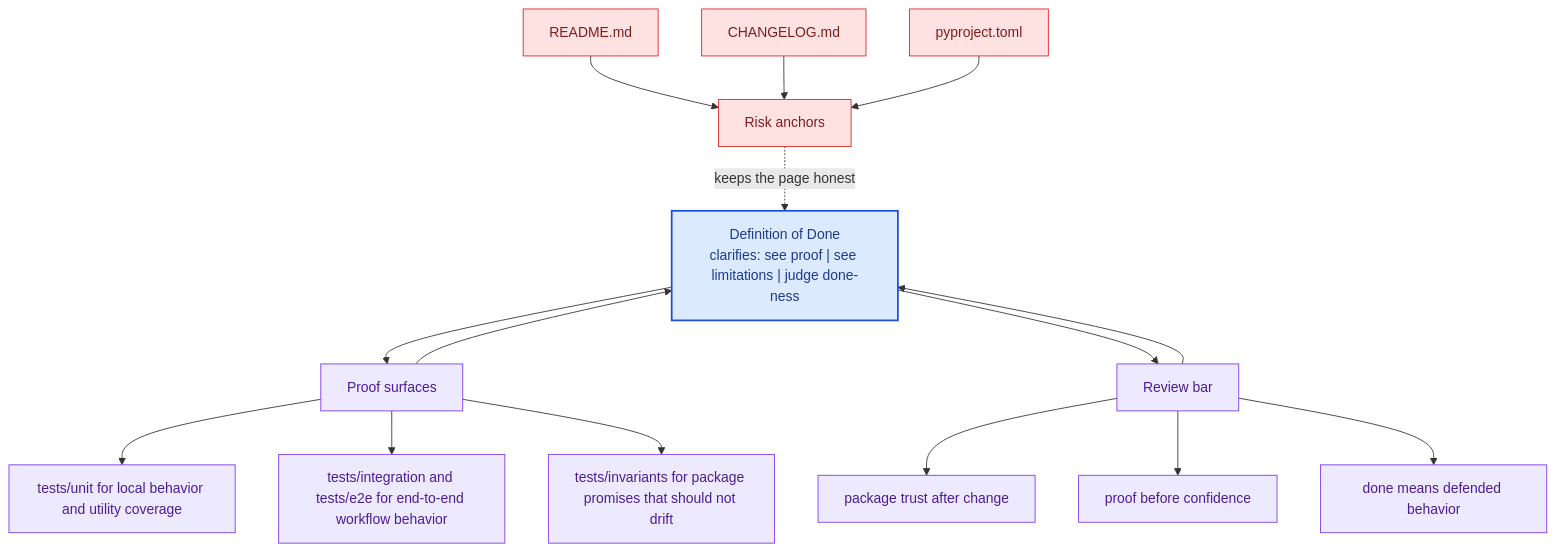
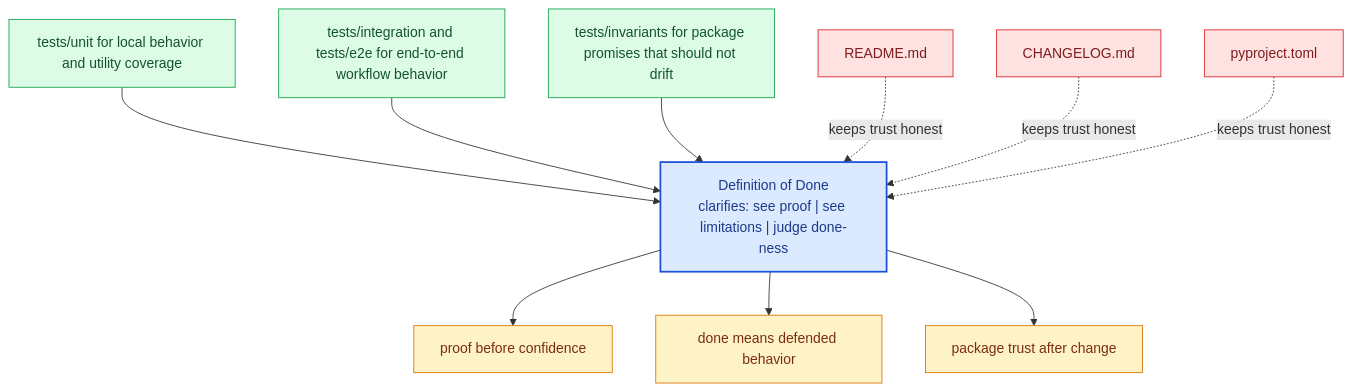
The diagram in docs/bijux-canon-agent/quality/definition-of-done.md (bijux/bijux-canon), drawn with Mermaid before and after one commit. The commit also changed other lines of this file and 281 other files, not shown here.

Commit message:
docs(diagrams): replace repeated mermaid scaffolds with page-specific summaries

````diff
--- a/docs/bijux-canon-agent/quality/definition-of-done.md
+++ b/docs/bijux-canon-agent/quality/definition-of-done.md
@@ -67,41 +22,31 @@
 ```mermaid
 flowchart TB
-    promise["Definition of Done<br/>clarifies: see proof | see limitations | judge done-ness"]
-    classDef promise fill:#dbeafe,stroke:#1d4ed8,color:#1e3a8a,stroke-width:2px;
-    classDef driver fill:#dcfce7,stroke:#16a34a,color:#14532d;
-    classDef constraint fill:#fee2e2,stroke:#dc2626,color:#7f1d1d;
-    classDef ground fill:#ede9fe,stroke:#7c3aed,color:#4c1d95;
-    focus1["Proof surfaces"]
-    focus1 --> promise
-    promise --> focus1
-    focus1_1["tests/unit for local behavior and utility coverage"]
-    focus1 --> focus1_1
-    focus1_2["tests/integration and tests/e2e for end-to-end workflow behavior"]
-    focus1 --> focus1_2
-    focus1_3["tests/invariants for package promises that should not drift"]
-    focus1 --> focus1_3
-    class focus1 ground;
-    class focus1_1,focus1_2,focus1_3 ground;
-    focus2["Risk anchors"]
-    focus2 -.keeps the page honest.-> promise
-    focus2_1["README.md"]
-    focus2_1 --> focus2
-    focus2_2["CHANGELOG.md"]
-    focus2_2 --> focus2
-    focus2_3["pyproject.toml"]
-    focus2_3 --> focus2
-    class focus2 constraint;
-    class focus2_1,focus2_2,focus2_3 constraint;
-    focus3["Review bar"]
-    focus3 --> promise
-    promise --> focus3
-    focus3_1["package trust after change"]
-    focus3 --> focus3_1
-    focus3_2["proof before confidence"]
-    focus3 --> focus3_2
-    focus3_3["done means defended behavior"]
-    focus3 --> focus3_3
-    class focus3 ground;
-    class focus3_1,focus3_2,focus3_3 ground;
-    class promise promise;
+    page["Definition of Done<br/>clarifies: see proof | see limitations | judge done-ness"]
+    classDef page fill:#dbeafe,stroke:#1d4ed8,color:#1e3a8a,stroke-width:2px;
+    classDef positive fill:#dcfce7,stroke:#16a34a,color:#14532d;
+    classDef caution fill:#fee2e2,stroke:#dc2626,color:#7f1d1d;
+    classDef anchor fill:#ede9fe,stroke:#7c3aed,color:#4c1d95;
+    classDef action fill:#fef3c7,stroke:#d97706,color:#7c2d12;
+    proof1["tests/unit for local behavior and utility coverage"]
+    proof1 --> page
+    proof2["tests/integration and tests/e2e for end-to-end workflow behavior"]
+    proof2 --> page
+    proof3["tests/invariants for package promises that should not drift"]
+    proof3 --> page
+    risk1["README.md"]
+    risk1 -.keeps trust honest.-> page
+    risk2["CHANGELOG.md"]
+    risk2 -.keeps trust honest.-> page
+    risk3["pyproject.toml"]
+    risk3 -.keeps trust honest.-> page
+    bar1["proof before confidence"]
+    page --> bar1
+    bar2["done means defended behavior"]
+    page --> bar2
+    bar3["package trust after change"]
+    page --> bar3
+    class page page;
+    class proof1,proof2,proof3 positive;
+    class risk1,risk2,risk3 caution;
+    class bar1,bar2,bar3 action;
 ```
````
